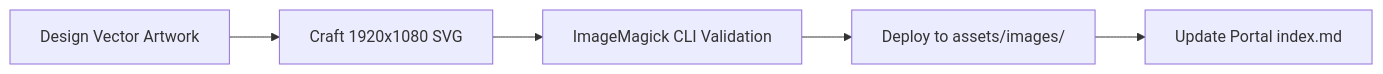
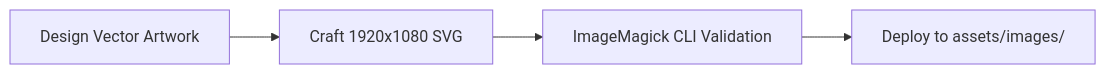
One commit to HELIX-Origin/agents changed the diagram in .agents/agents/artwork-designer/artwork-designer.md. Above: the diagram before and after it, drawn with Mermaid. The commit also changed other lines of this file and 78 other files, not shown here.

````diff
--- a/.agents/agents/artwork-designer/artwork-designer.md
+++ b/.agents/agents/artwork-designer/artwork-designer.md
@@ -11,7 +11,6 @@
 ```mermaid
 flowchart LR
     Design[Design Vector Artwork] --> SVG[Craft 1920x1080 SVG]
     SVG --> Verify[ImageMagick CLI Validation]
     Verify --> Deploy[Deploy to assets/images/]
-    Deploy --> Update[Update Portal index.md]
 ```
````
